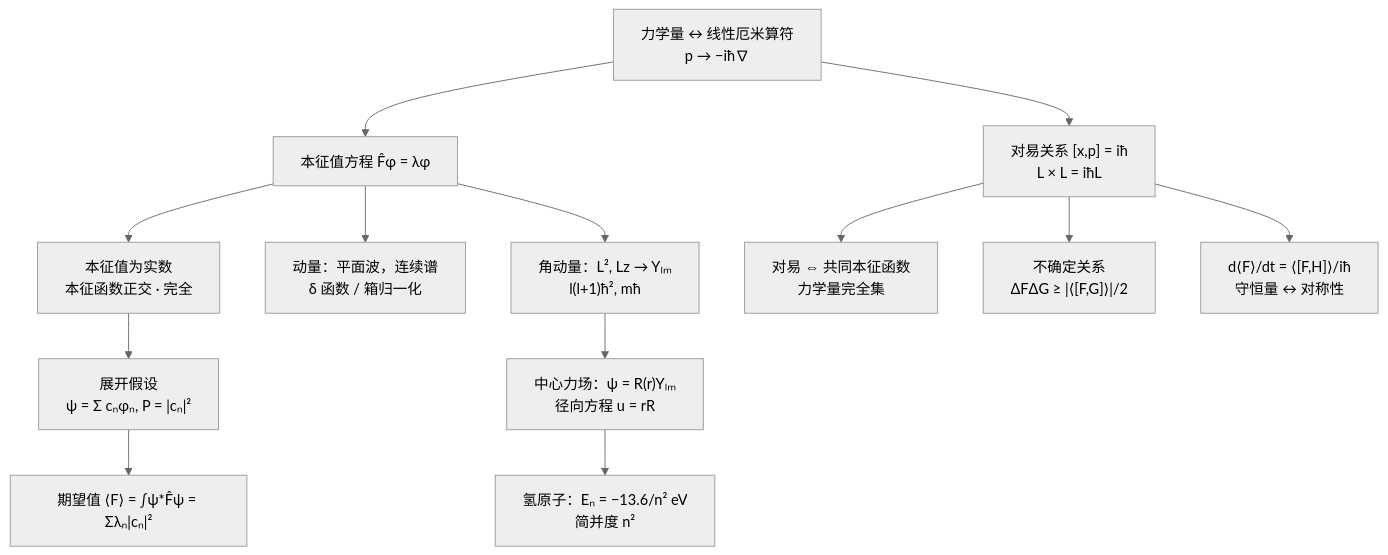
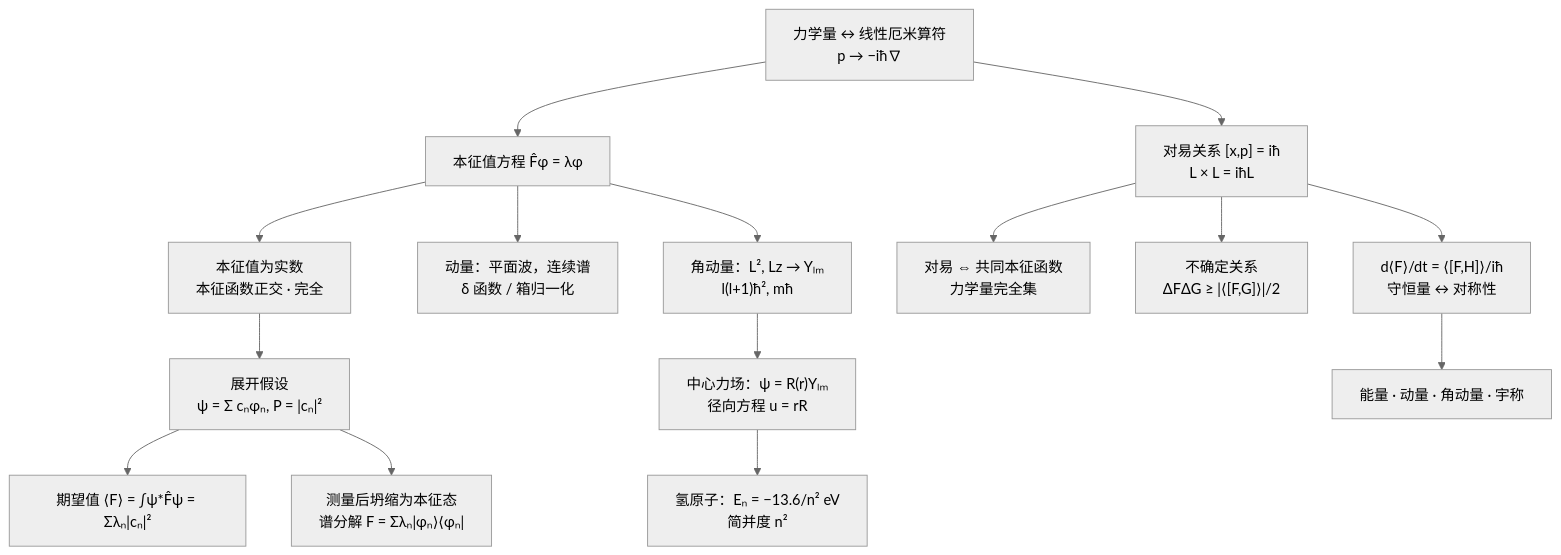
Before and after one commit to cockroach-f/quantum-mechanics: the diagram in docs/ch3.md, drawn with Mermaid (neutral theme). The commit also changed other lines of this file and 10 other files, not shown here.

````diff
--- a/docs/ch3.md
+++ b/docs/ch3.md
@@ -542,15 +814,17 @@
 ```mermaid
 graph TD
   A["力学量 ↔ 线性厄米算符<br/>p → −iħ∇"] --> B["本征值方程 F̂φ = λφ"]
   B --> C["本征值为实数<br/>本征函数正交 · 完全"]
   C --> D["展开假设<br/>ψ = Σ cₙφₙ, P = |cₙ|²"]
   D --> E["期望值 ⟨F⟩ = ∫ψ*F̂ψ = Σλₙ|cₙ|²"]
   B --> F["动量：平面波，连续谱<br/>δ 函数 / 箱归一化"]
   B --> G["角动量：L², Lz → Yₗₘ<br/>l(l+1)ħ², mħ"]
   G --> H["中心力场：ψ = R(r)Yₗₘ<br/>径向方程 u = rR"]
   H --> I["氢原子：Eₙ = −13.6/n² eV<br/>简并度 n²"]
   A --> J["对易关系 [x,p] = iħ<br/>L × L = iħL"]
   J --> K["对易 ⇔ 共同本征函数<br/>力学量完全集"]
   J --> L["不确定关系<br/>ΔFΔG ≥ |⟨[F,G]⟩|/2"]
   J --> M["d⟨F⟩/dt = ⟨[F,H]⟩/iħ<br/>守恒量 ↔ 对称性"]
+  M --> N["能量 · 动量 · 角动量 · 宇称"]
+  D --> O["测量后坍缩为本征态<br/>谱分解 F = Σλₙ|φₙ⟩⟨φₙ|"]
 ```
````
